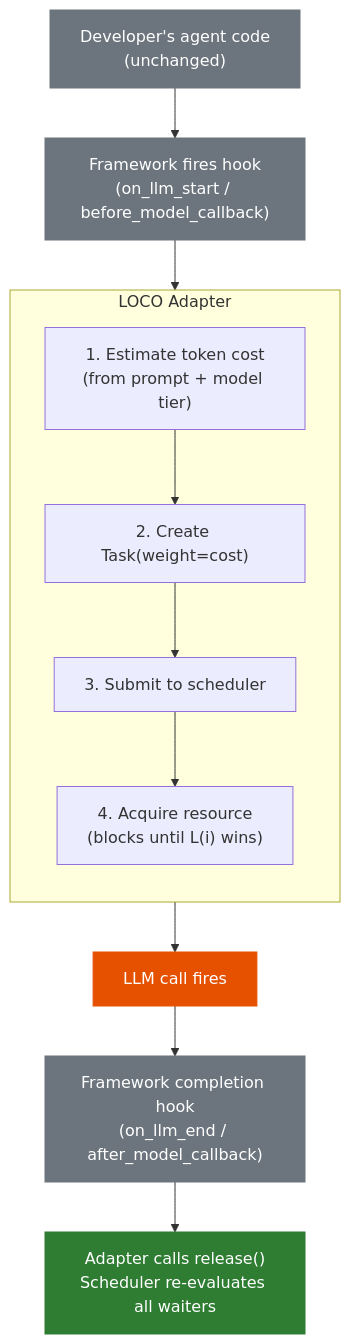
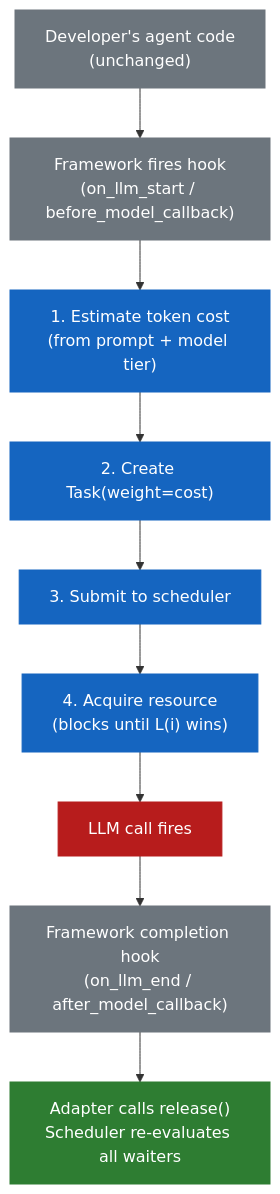
The fourth of 5 diagrams in README.md (ArielSmoliar/loco-agent), drawn with Mermaid before and after one commit.

Commit message:
fix: adapter flow diagram — solid fills, drop subgraph
Remove subgraph (caused light background with unreadable arrows).
Steps 1-4 are now flat nodes with solid blue fill and white text.
LLM call uses dark red instead of yellow for contrast.

````diff
--- a/README.md
+++ b/README.md
@@ -272,24 +272,23 @@
 ```mermaid
 graph TD
     DEV["Developer's agent code\n(unchanged)"] --> HOOK["Framework fires hook\n(on_llm_start / before_model_callback)"]
-    HOOK --> ADAPT
+    HOOK --> S1
 
-    subgraph ADAPT["LOCO Adapter"]
-        direction TB
-        S1["1. Estimate token cost\n(from prompt + model tier)"]
-        S2["2. Create Task(weight=cost)"]
-        S3["3. Submit to scheduler"]
-        S4["4. Acquire resource\n(blocks until L(i) wins)"]
-        S1 --> S2 --> S3 --> S4
-    end
+    S1["1. Estimate token cost\n(from prompt + model tier)"] --> S2["2. Create Task(weight=cost)"]
+    S2 --> S3["3. Submit to scheduler"]
+    S3 --> S4["4. Acquire resource\n(blocks until L(i) wins)"]
 
-    ADAPT --> LLM["LLM call fires"]
+    S4 --> LLM["LLM call fires"]
     LLM --> DONE["Framework completion hook\n(on_llm_end / after_model_callback)"]
     DONE --> REL["Adapter calls release()\nScheduler re-evaluates all waiters"]
 
     style DEV fill:#6c757d,color:#fff,stroke:#6c757d
     style HOOK fill:#6c757d,color:#fff,stroke:#6c757d
-    style LLM fill:#e65100,color:#fff,stroke:#e65100
+    style S1 fill:#1565c0,color:#fff,stroke:#1565c0
+    style S2 fill:#1565c0,color:#fff,stroke:#1565c0
+    style S3 fill:#1565c0,color:#fff,stroke:#1565c0
+    style S4 fill:#1565c0,color:#fff,stroke:#1565c0
+    style LLM fill:#b71c1c,color:#fff,stroke:#b71c1c
     style DONE fill:#6c757d,color:#fff,stroke:#6c757d
     style REL fill:#2e7d32,color:#fff,stroke:#2e7d32
 ```
````
